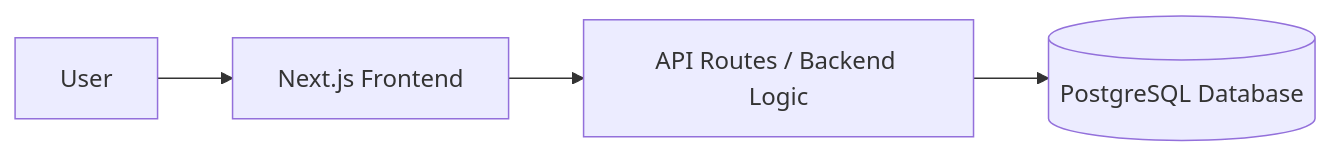
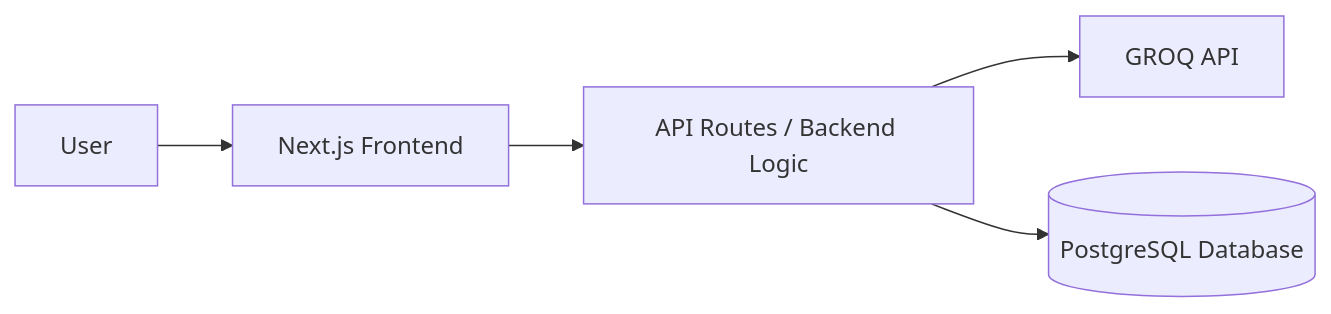
One commit to BiswajitAich/lang-bot changed the diagram in README.md. Above: the diagram before and after it, drawn with Mermaid.

````diff
--- a/README.md
+++ b/README.md
@@ -48,6 +48,7 @@
 ```mermaid
 graph LR
     A[User] --> B[Next.js Frontend]
     B --> C[API Routes / Backend Logic]
-    C --> D[(PostgreSQL Database)]
+    C --> D[GROQ API]
+    C --> E[(PostgreSQL Database)]
 ```
````
